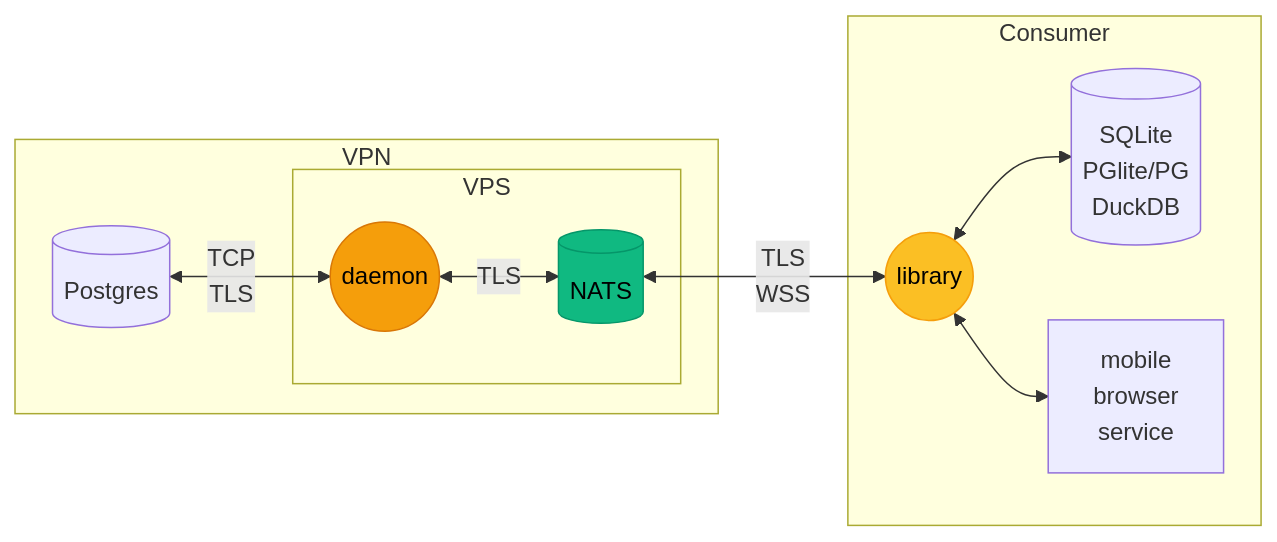
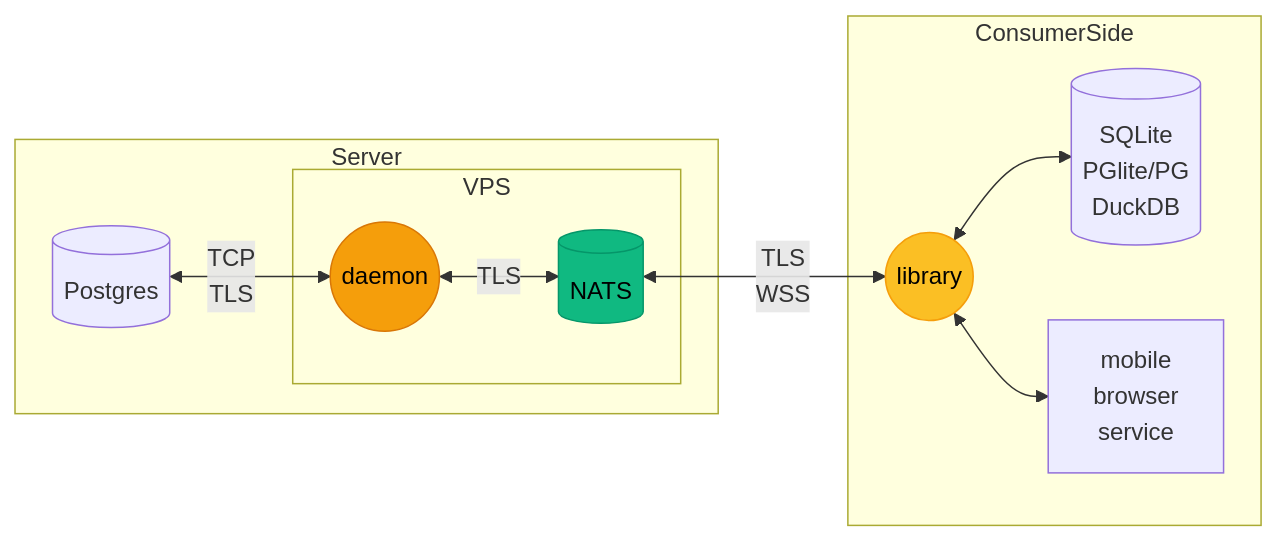
One commit to ndrean/ZeBridge changed the first of 6 diagrams in README.md. Above: the diagram before and after it, drawn with Mermaid. The commit also changed other lines of this file and 31 other files, not shown here.

````diff
--- a/README.md
+++ b/README.md
@@ -14,28 +14,28 @@
 ```mermaid
 flowchart LR
-     subgraph VPN["VPN"]
+     subgraph VPN["Server"]
         PG[("Postgres")]
-        subgraph Localhost ["VPS"]
+        subgraph VPS ["VPS"]
             Bridge(("daemon"))
             NATS[("NATS")]
         end
         PG <--> |TCP<br>TLS| Bridge
         Bridge <--> |TLS| NATS
     end
 
     NATS <--> |TLS <br> WSS| Lib
 
 
-    subgraph Edge["Consumer"]
+    subgraph Edge["ConsumerSide"]
         Lib(("library"))
-        SQL[("SQLite<br>PGlite/PG<br>DuckDB")]
+        LocalDB[("SQLite<br>PGlite/PG<br>DuckDB")]
         App["mobile<br>browser<br>service"]
-        Lib <-->SQL
+        Lib <-->LocalDB
         Lib <-->App
 
     end
 
     style Bridge fill:#f59e0b,stroke:#d97706,color:#000
     style Lib fill:#fbbf24,stroke:#f59e0b,color:#000
     style NATS fill:#10b981,stroke:#059669,color:#000
 ```
````
